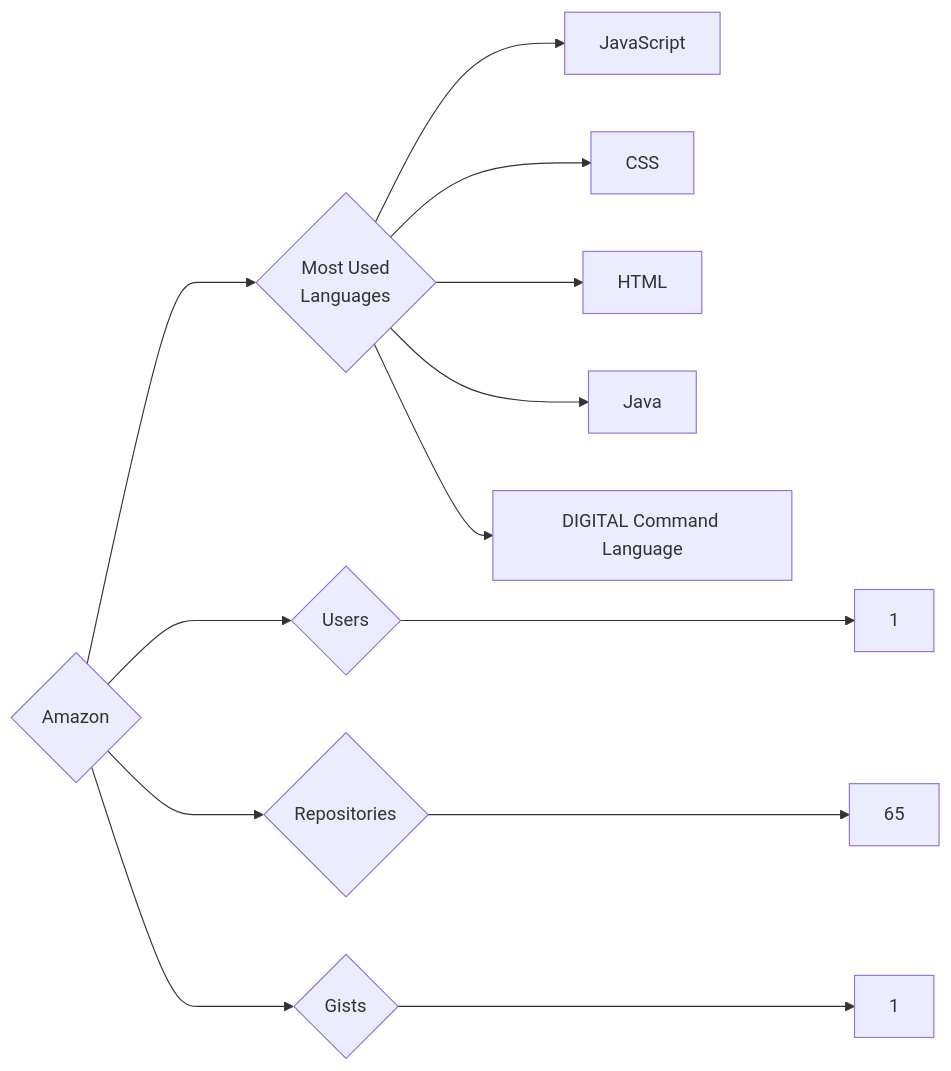
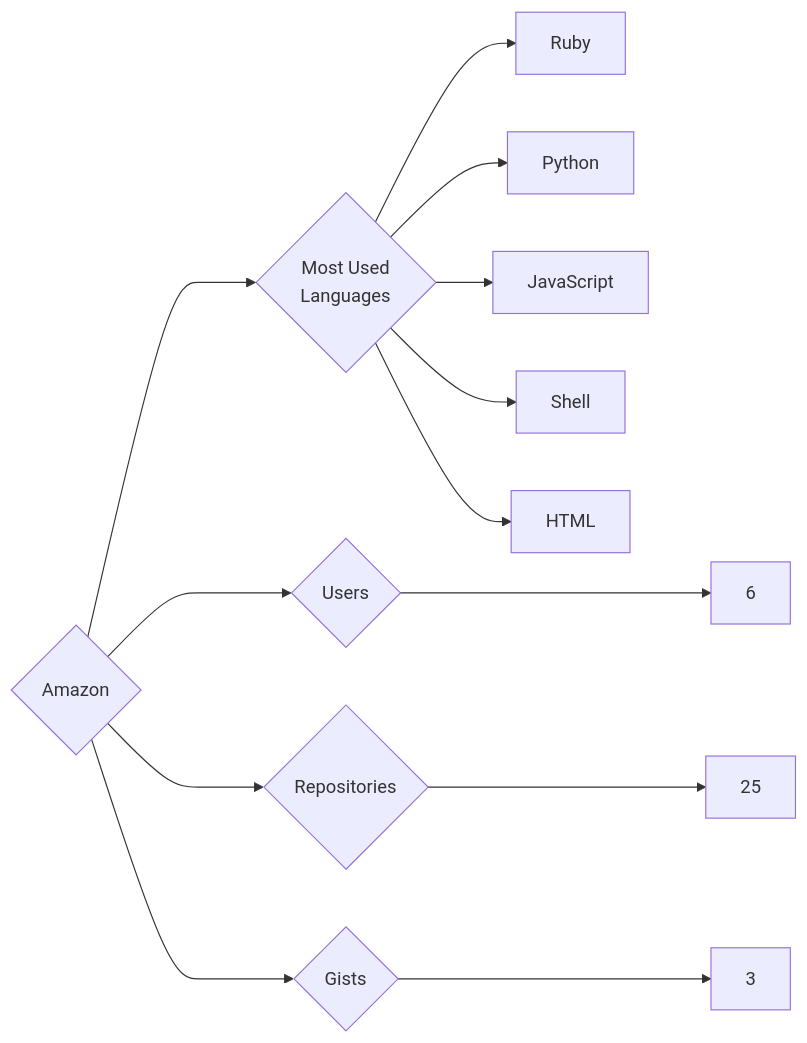
The diagram in targets/Amazon/README.md (trickest/insiders), drawn with Mermaid before and after one commit. The commit also changed 679 other files, not shown here.

````diff
--- a/targets/Amazon/README.md
+++ b/targets/Amazon/README.md
@@ -3,13 +3,13 @@
 ```mermaid
 graph LR
 COMPANY_NAME{Amazon}
-COMPANY_NAME ---> U{Users} ---> UN[1]
-COMPANY_NAME ---> R{Repositories} ---> RN[65]
-COMPANY_NAME ---> G{Gists} ---> GN[1]
+COMPANY_NAME ---> U{Users} ---> UN[6]
+COMPANY_NAME ---> R{Repositories} ---> RN[25]
+COMPANY_NAME ---> G{Gists} ---> GN[3]
 COMPANY_NAME ---> ML{Most Used<br>Languages}
+ML --> Ruby[Ruby]
+ML --> Python[Python]
 ML --> JavaScript[JavaScript]
-ML --> CSS[CSS]
+ML --> Shell[Shell]
 ML --> HTML[HTML]
-ML --> Java[Java]
-ML --> DIGITAL_Command_Language[DIGITAL Command Language]
 ```
````
